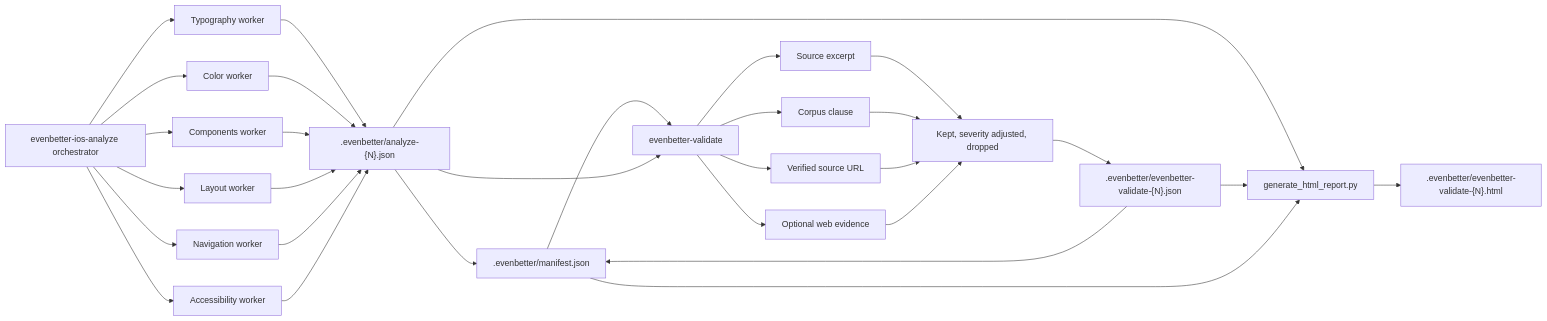
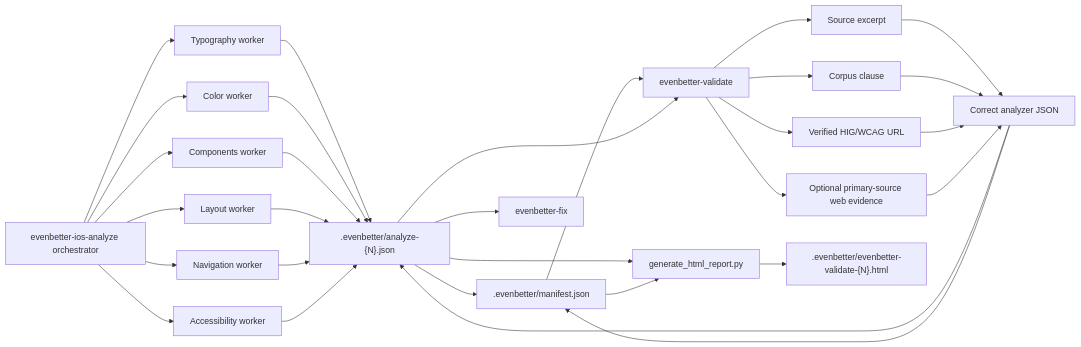
One commit to MelloBirkan/EvenBetterFramework changed the diagram in plugins/evenbetter-ios/skills/evenbetter-validate/references/architecture.md. Above: the diagram before and after it, drawn with Mermaid. The commit also changed other lines of this file and 11 other files, not shown here.

Commit message:
Rework EvenBetter validate to correct analyzer reports

````diff
--- a/plugins/evenbetter-ios/skills/evenbetter-validate/references/architecture.md
+++ b/plugins/evenbetter-ios/skills/evenbetter-validate/references/architecture.md
@@ -5,32 +5,32 @@
 ```mermaid
 flowchart LR
   A["evenbetter-ios-analyze orchestrator"] --> B["Typography worker"]
   A --> C["Color worker"]
   A --> D["Components worker"]
   A --> E["Layout worker"]
   A --> F["Navigation worker"]
   A --> G["Accessibility worker"]
   B --> H[".evenbetter/analyze-{N}.json"]
   C --> H
   D --> H
   E --> H
   F --> H
   G --> H
   H --> O[".evenbetter/manifest.json"]
   O --> I["evenbetter-validate"]
   H --> I
   I --> J["Source excerpt"]
   I --> K["Corpus clause"]
-  I --> L["Verified source URL"]
-  I --> R["Optional web evidence"]
-  J --> M["Kept, severity adjusted, dropped"]
+  I --> L["Verified HIG/WCAG URL"]
+  I --> R["Optional primary-source web evidence"]
+  J --> M["Correct analyzer JSON"]
   K --> M
   L --> M
   R --> M
-  M --> N[".evenbetter/evenbetter-validate-{N}.json"]
+  M --> H
+  M --> O
   H --> P["generate_html_report.py"]
-  N --> P
   O --> P
   P --> Q[".evenbetter/evenbetter-validate-{N}.html"]
-  N --> O
+  H --> S["evenbetter-fix"]
 ```
````
